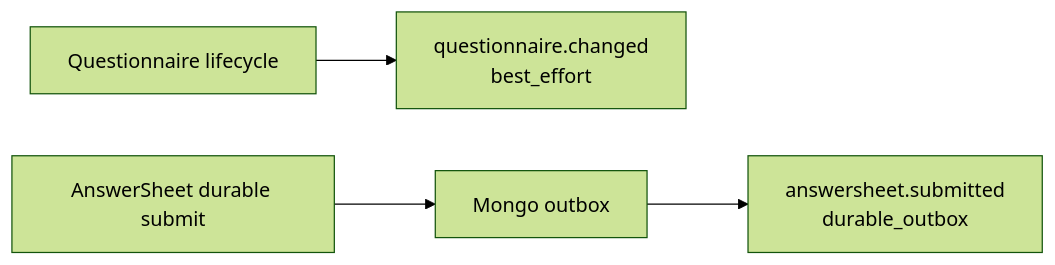
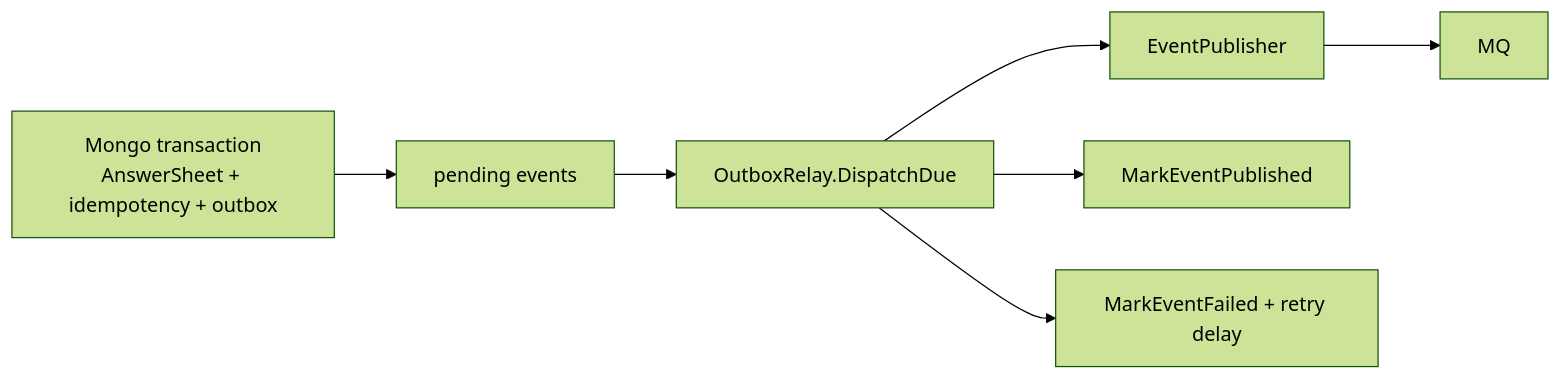
One commit to FangcunMount/qs-server changed the fourth of 4 diagrams in docs/02-业务模块/survey/04-存储事件缓存边界.md. Above: the diagram before and after it, drawn with Mermaid (forest theme). The commit also changed other lines of this file and 7 other files, not shown here.

````diff
--- a/docs/02-业务模块/survey/04-存储事件缓存边界.md
+++ b/docs/02-业务模块/survey/04-存储事件缓存边界.md
@@ -43,6 +244,9 @@
 ```mermaid
 flowchart LR
-    q["Questionnaire lifecycle"] --> qevt["questionnaire.changed<br/>best_effort"]
-    sheet["AnswerSheet durable submit"] --> outbox["Mongo outbox"]
-    outbox --> evt["answersheet.submitted<br/>durable_outbox"]
+    tx["Mongo transaction<br/>AnswerSheet + idempotency + outbox"] --> pending["pending events"]
+    pending --> relay["OutboxRelay.DispatchDue"]
+    relay --> publisher["EventPublisher"]
+    publisher --> mq["MQ"]
+    relay --> published["MarkEventPublished"]
+    relay --> failed["MarkEventFailed + retry delay"]
 ```
````
